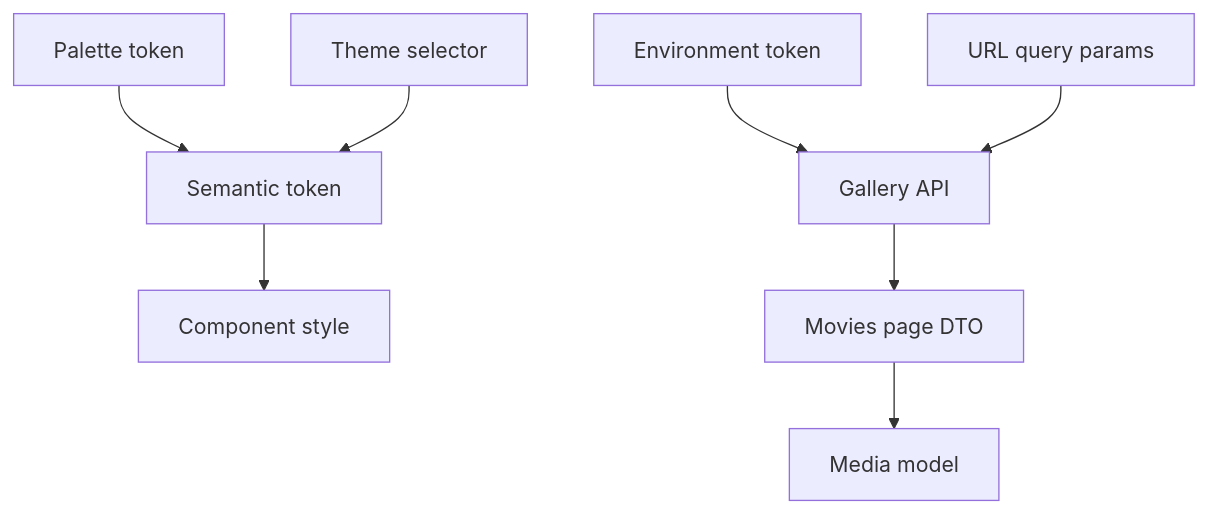
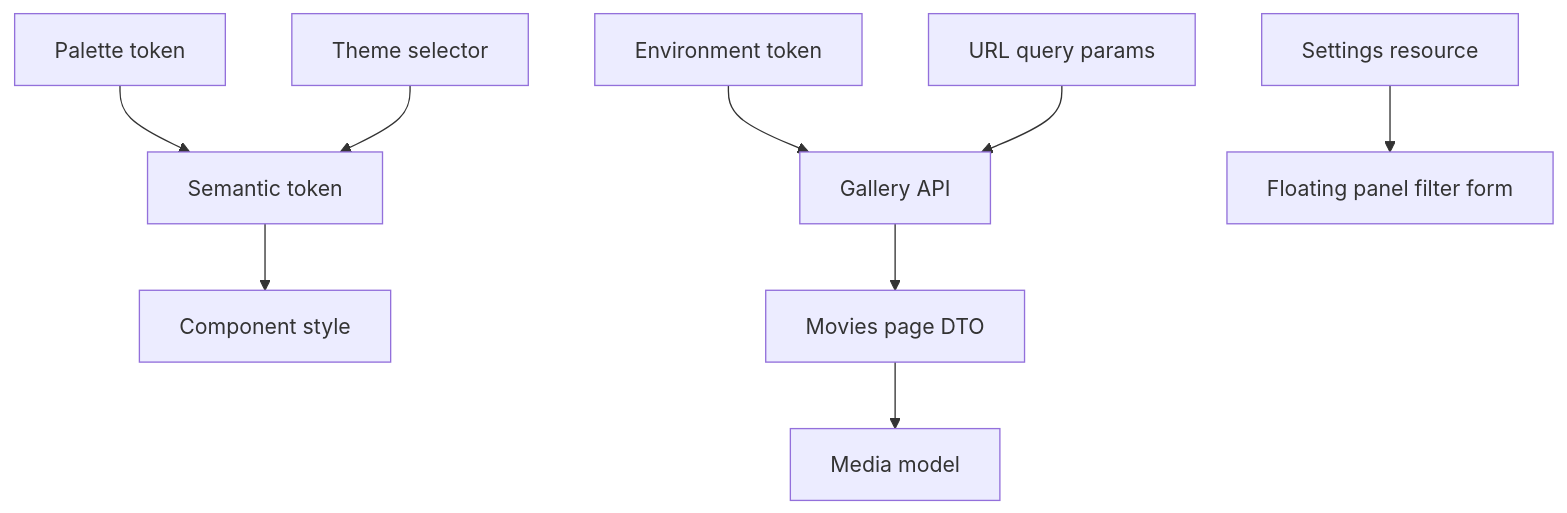
One commit to Zwezh/media-shelf changed the diagram in lode/terminology.md. Above: the diagram before and after it, drawn with Mermaid. The commit also changed other lines of this file and 45 other files, not shown here.

````diff
--- a/lode/terminology.md
+++ b/lode/terminology.md
@@ -34,10 +38,11 @@
 ```mermaid
 flowchart TD
   Palette[Palette token] --> Semantic[Semantic token]
   Semantic --> Component[Component style]
   Theme[Theme selector] --> Semantic
   Environment[Environment token] --> GalleryAPI[Gallery API]
   Query[URL query params] --> GalleryAPI
+  SettingsResource[Settings resource] --> FilterPanel[Floating panel filter form]
   GalleryAPI --> DTO[Movies page DTO]
   DTO --> Model[Media model]
 ```
````
